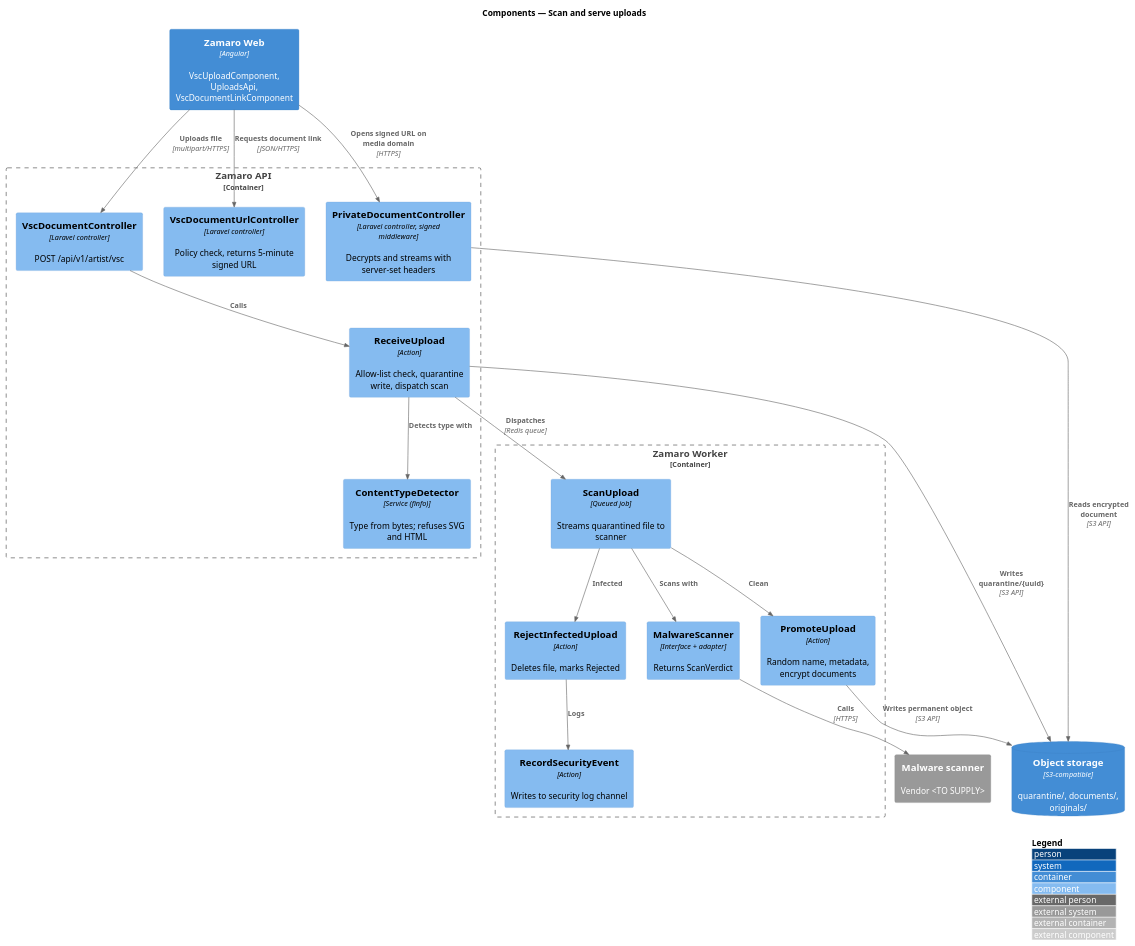
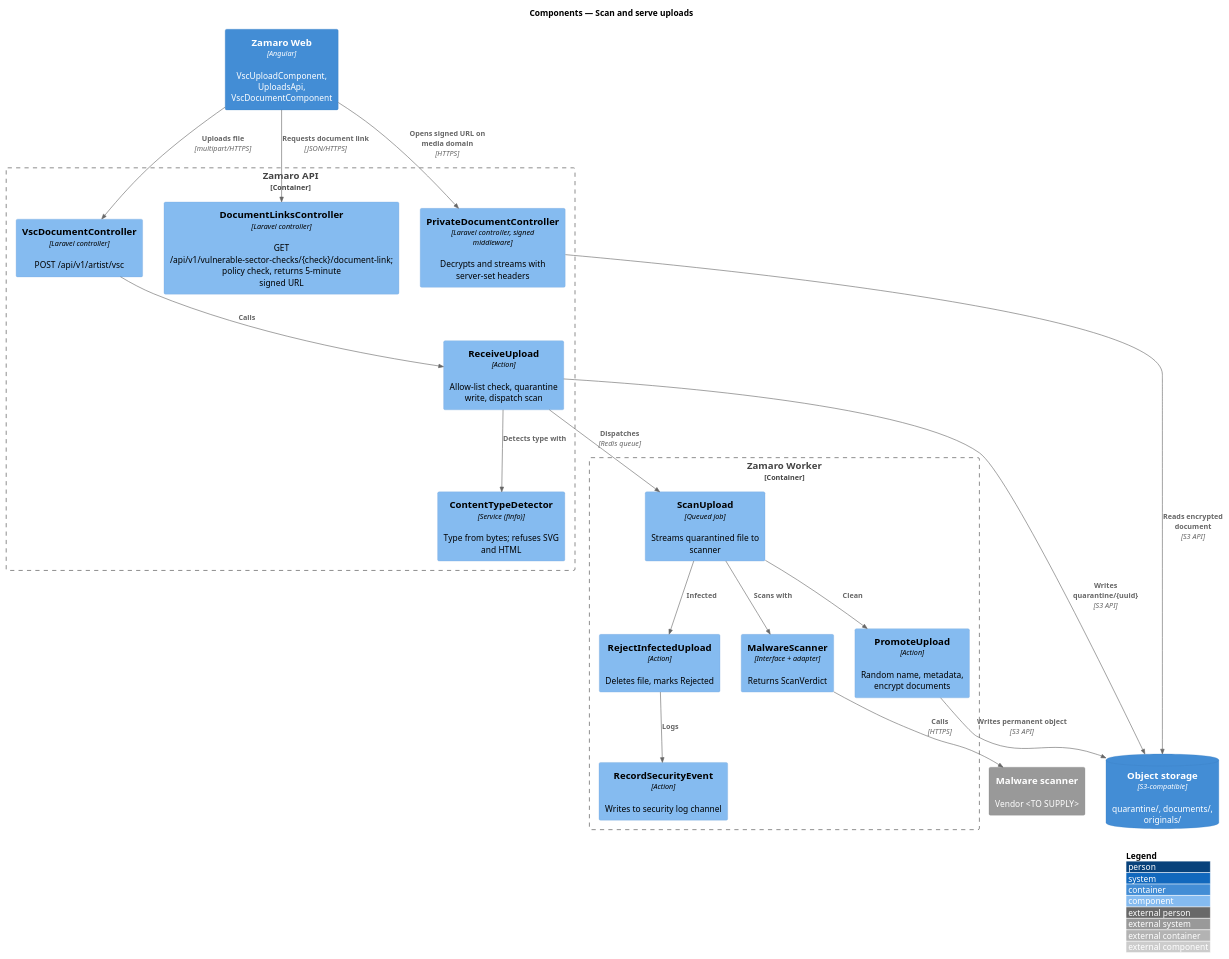
One commit to QuinntyneBrown/zamaro changed the diagram in docs/detailed-designs/security/scan-and-serve-uploads/diagrams/c4-component.puml. Above: the diagram before and after it, drawn with PlantUML. The commit also changed 379 other files, not shown here.

```diff
--- a/docs/detailed-designs/security/scan-and-serve-uploads/diagrams/c4-component.puml
+++ b/docs/detailed-designs/security/scan-and-serve-uploads/diagrams/c4-component.puml
@@ -1,37 +1,37 @@
 @startuml
 !include <C4/C4_Component>
 LAYOUT_WITH_LEGEND()
 title Components — Scan and serve uploads
 
-Container(web, "Zamaro Web", "Angular", "VscUploadComponent, UploadsApi, VscDocumentLinkComponent")
+Container(web, "Zamaro Web", "Angular", "VscUploadComponent, UploadsApi, VscDocumentComponent")
 System_Ext(scanner, "Malware scanner", "Vendor <TO SUPPLY>")
 ContainerDb(storage, "Object storage", "S3-compatible", "quarantine/, documents/, originals/")
 Container_Boundary(api, "Zamaro API") {
   Component(upctrl, "VscDocumentController", "Laravel controller", "POST /api/v1/artist/vsc")
   Component(receive, "ReceiveUpload", "Action", "Allow-list check, quarantine write, dispatch scan")
   Component(detect, "ContentTypeDetector", "Service (finfo)", "Type from bytes; refuses SVG and HTML")
-  Component(urlctrl, "VscDocumentUrlController", "Laravel controller", "Policy check, returns 5-minute signed URL")
+  Component(urlctrl, "DocumentLinksController", "Laravel controller", "GET /api/v1/vulnerable-sector-checks/{check}/document-link; policy check, returns 5-minute signed URL")
   Component(docctrl, "PrivateDocumentController", "Laravel controller, signed middleware", "Decrypts and streams with server-set headers")
 }
 Container_Boundary(worker, "Zamaro Worker") {
   Component(scan, "ScanUpload", "Queued job", "Streams quarantined file to scanner")
   Component(adapter, "MalwareScanner", "Interface + adapter", "Returns ScanVerdict")
   Component(promote, "PromoteUpload", "Action", "Random name, metadata, encrypt documents")
   Component(reject, "RejectInfectedUpload", "Action", "Deletes file, marks Rejected")
   Component(event, "RecordSecurityEvent", "Action", "Writes to security log channel")
 }
 Rel(web, upctrl, "Uploads file", "multipart/HTTPS")
 Rel(upctrl, receive, "Calls")
 Rel(receive, detect, "Detects type with")
 Rel(receive, storage, "Writes quarantine/{uuid}", "S3 API")
 Rel(receive, scan, "Dispatches", "Redis queue")
 Rel(scan, adapter, "Scans with")
 Rel(adapter, scanner, "Calls", "HTTPS")
 Rel(scan, promote, "Clean")
 Rel(scan, reject, "Infected")
 Rel(reject, event, "Logs")
 Rel(promote, storage, "Writes permanent object", "S3 API")
 Rel(web, urlctrl, "Requests document link", "JSON/HTTPS")
 Rel(web, docctrl, "Opens signed URL on media domain", "HTTPS")
 Rel(docctrl, storage, "Reads encrypted document", "S3 API")
 @enduml
```
